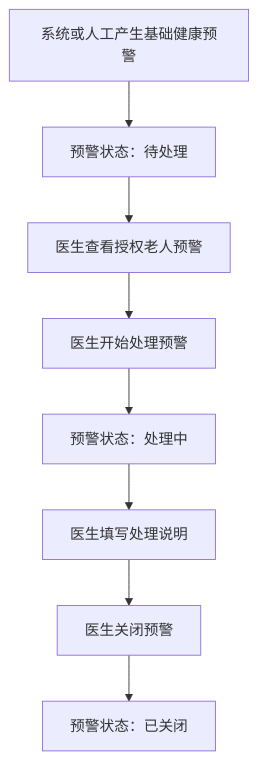
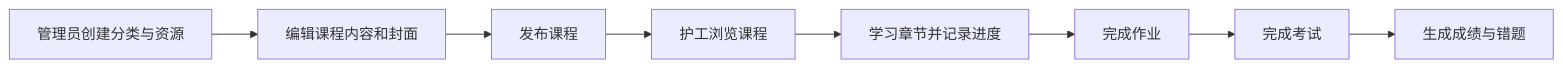
Before and after one commit to thesantaana/Care-Nexus: the first of 3 diagrams in docs/requirements/业务流程.md, drawn with Mermaid. The commit also changed other lines of this file and 110 other files, not shown here.

````diff
--- a/docs/requirements/业务流程.md
+++ b/docs/requirements/业务流程.md
@@ -305,10 +5,10 @@
 ```mermaid
-flowchart TD
-    A["系统或人工产生基础健康预警"] --> B["预警状态：待处理"]
-    B --> C["医生查看授权老人预警"]
-    C --> D["医生开始处理预警"]
-    D --> E["预警状态：处理中"]
-    E --> F["医生填写处理说明"]
-    F --> G["医生关闭预警"]
-    G --> H["预警状态：已关闭"]
+flowchart LR
+  A[管理员创建分类与资源] --> B[编辑课程内容和封面]
+  B --> C[发布课程]
+  C --> D[护工浏览课程]
+  D --> E[学习章节并记录进度]
+  E --> F[完成作业]
+  F --> G[完成考试]
+  G --> H[生成成绩与错题]
 ```
````
